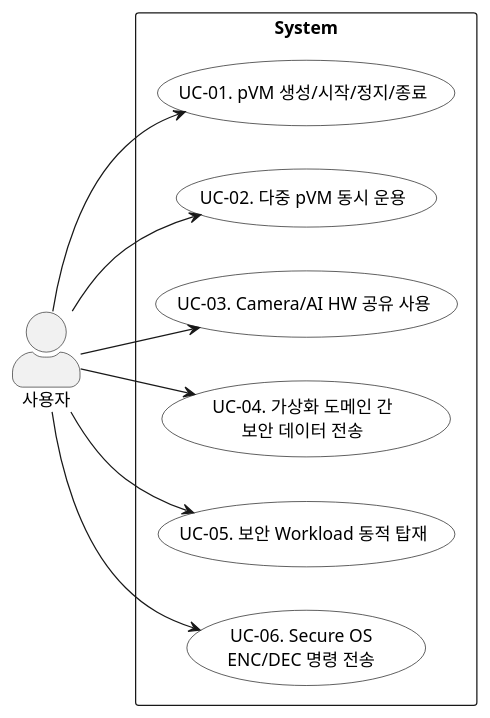
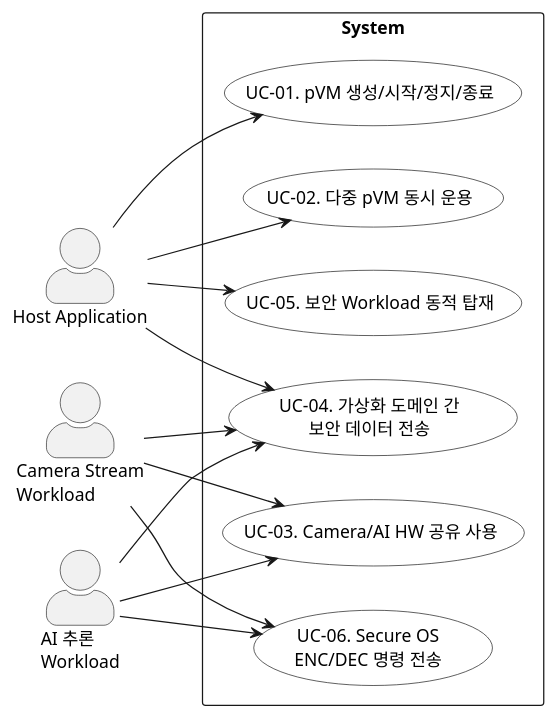
Before and after one commit to boram1288/test-p: the diagram in docs/01_use_case.md, drawn with PlantUML. The commit also changed other lines of this file, not shown here.

Commit message:
Update use case diagram actors

````diff
--- a/docs/01_use_case.md
+++ b/docs/01_use_case.md
@@ -30,30 +32,38 @@
 ```plantuml
 @startuml
 left to right direction
 skinparam packageStyle rectangle
 skinparam actorStyle awesome
 skinparam usecase {
   BackgroundColor White
   BorderColor Black
 }
 
-actor "사용자" as User
+actor "Host Application" as HostApp
+actor "Camera Stream\nWorkload" as CameraWorkload
+actor "AI 추론\nWorkload" as AIWorkload
 
 rectangle "System" {
   usecase "UC-01. pVM 생성/시작/정지/종료" as UC01
   usecase "UC-02. 다중 pVM 동시 운용" as UC02
   usecase "UC-03. Camera/AI HW 공유 사용" as UC03
   usecase "UC-04. 가상화 도메인 간\n보안 데이터 전송" as UC04
   usecase "UC-05. 보안 Workload 동적 탑재" as UC05
   usecase "UC-06. Secure OS\nENC/DEC 명령 전송" as UC06
 }
 
-User --> UC01
-User --> UC02
-User --> UC03
-User --> UC04
-User --> UC05
-User --> UC06
+HostApp --> UC01
+HostApp --> UC02
+HostApp --> UC04
+HostApp --> UC05
+
+CameraWorkload --> UC03
+CameraWorkload --> UC04
+CameraWorkload --> UC06
+
+AIWorkload --> UC03
+AIWorkload --> UC04
+AIWorkload --> UC06
 
 @enduml
 ```
````
